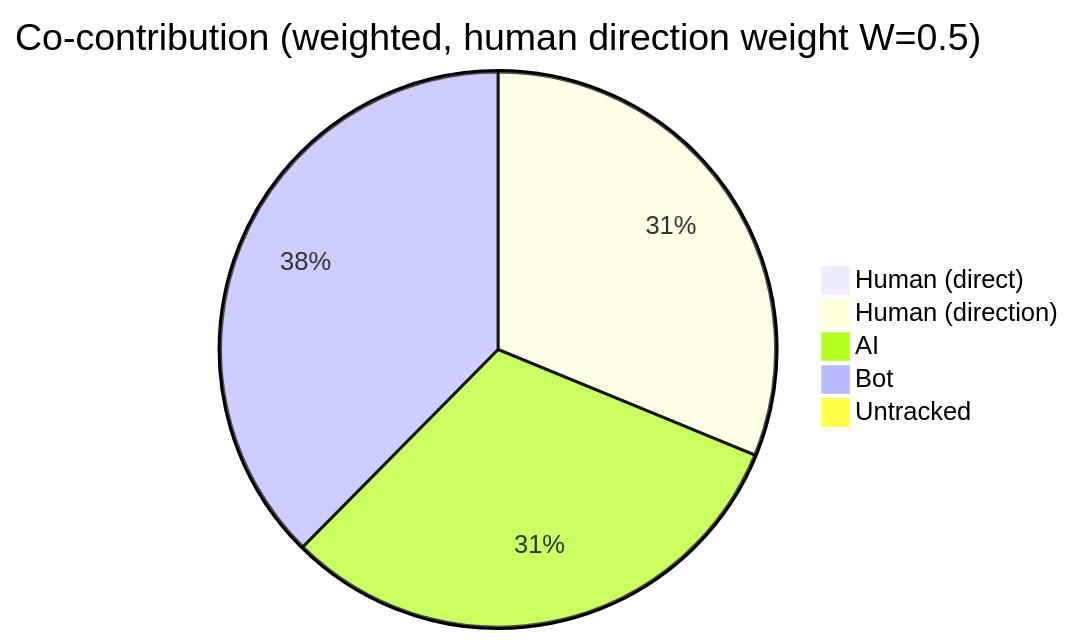
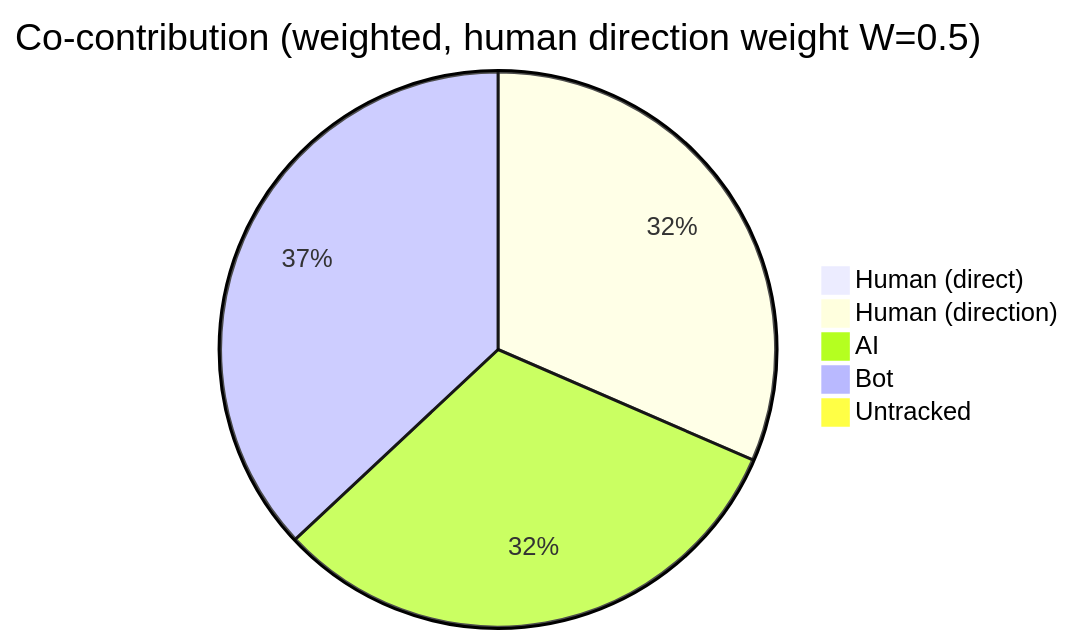
One commit to CaliMark/ai-authorship changed the first of 4 diagrams in AI-AUTHORSHIP.md. Above: the diagram before and after it, drawn with Mermaid. The commit also changed other lines of this file and 1 other file, not shown here.

````diff
--- a/AI-AUTHORSHIP.md
+++ b/AI-AUTHORSHIP.md
@@ -23,8 +23,8 @@
 ```mermaid
 pie title Co-contribution (weighted, human direction weight W=0.5)
     "Human (direct)" : 0
-    "Human (direction)" : 1419
-    "AI" : 1419
-    "Bot" : 1709
+    "Human (direction)" : 1488
+    "AI" : 1488
+    "Bot" : 1746
     "Untracked" : 0
 ```
````
